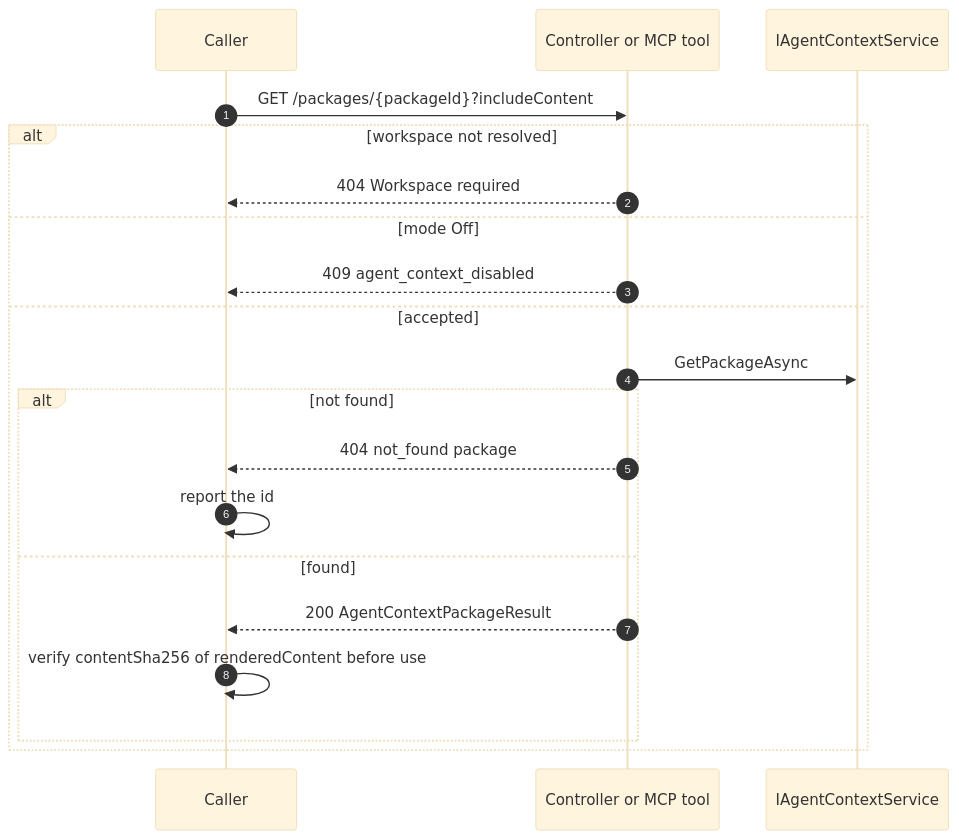
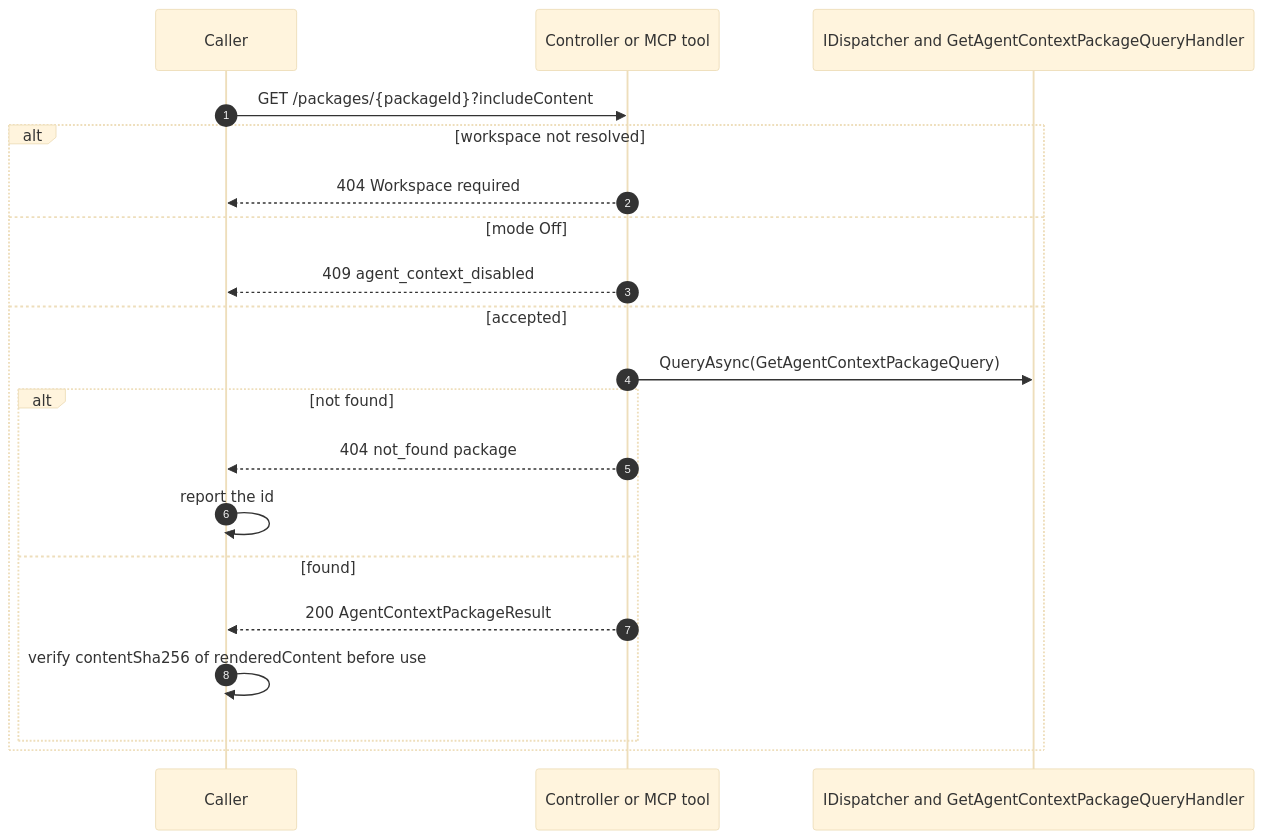
One commit to sharpninja/McpServer changed diagram 29 of 59 in docs/Stateless-Agent-Context-Management.md. Above: the diagram before and after it, drawn with Mermaid (base theme). The commit also changed other lines of this file and 2 other files, not shown here.

````diff
--- a/docs/Stateless-Agent-Context-Management.md
+++ b/docs/Stateless-Agent-Context-Management.md
@@ -1041,22 +1058,22 @@
 ```mermaid
 sequenceDiagram
     autonumber
     participant Caller
     participant API as Controller or MCP tool
-    participant SVC as IAgentContextService
+    participant SVC as IDispatcher and GetAgentContextPackageQueryHandler
     Caller->>API: GET /packages/{packageId}?includeContent
     alt workspace not resolved
         API-->>Caller: 404 Workspace required
     else mode Off
         API-->>Caller: 409 agent_context_disabled
     else accepted
-        API->>SVC: GetPackageAsync
+        API->>SVC: QueryAsync(GetAgentContextPackageQuery)
         alt not found
             API-->>Caller: 404 not_found package
             Caller->>Caller: report the id
         else found
             API-->>Caller: 200 AgentContextPackageResult
             Caller->>Caller: verify contentSha256 of renderedContent before use
         end
     end
 ```
````
